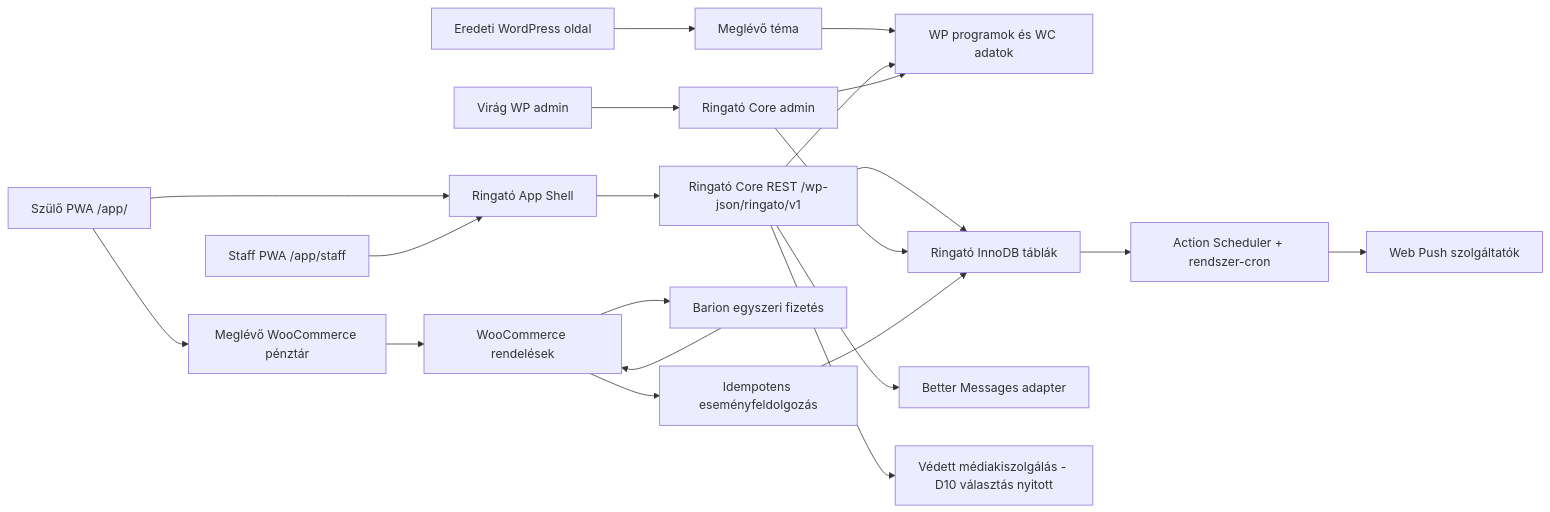
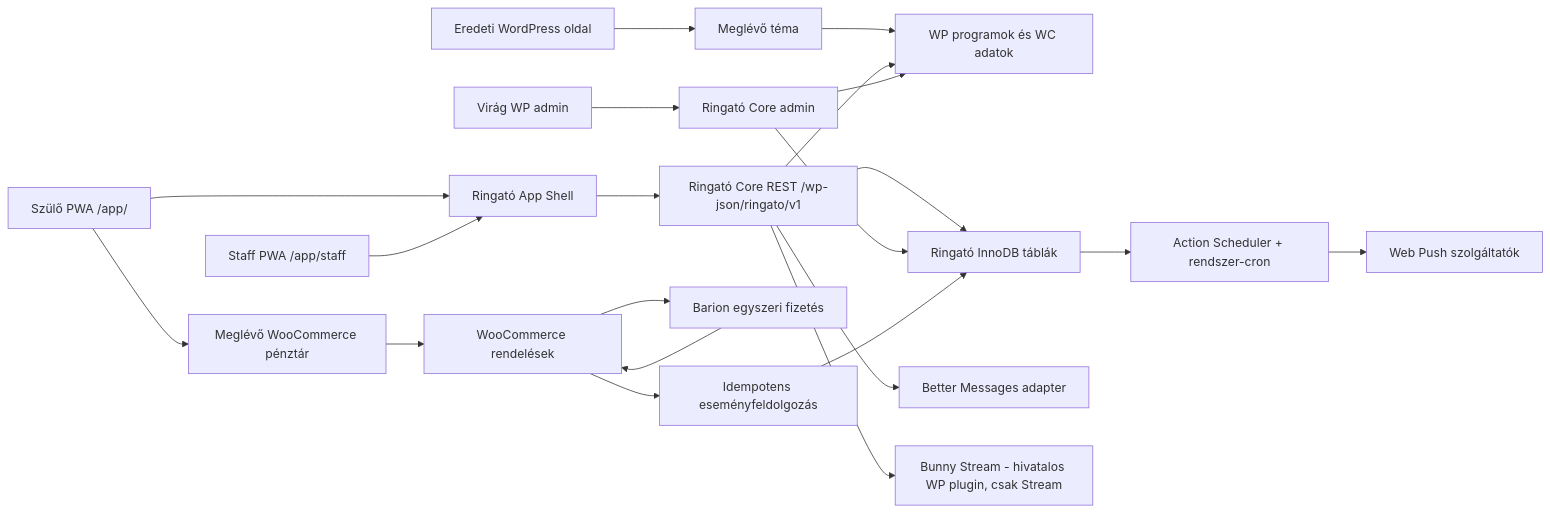
One commit to realabu/ringato-pwa-demo changed the first of 2 diagrams in docs/implementation-plan/02-architektura.md. Above: the diagram before and after it, drawn with Mermaid. The commit also changed other lines of this file and 9 other files, not shown here.

````diff
--- a/docs/implementation-plan/02-architektura.md
+++ b/docs/implementation-plan/02-architektura.md
@@ -9,23 +9,23 @@
 ```mermaid
 flowchart LR
   Parent[Szülő PWA /app/] --> Shell[Ringató App Shell]
   Staff[Staff PWA /app/staff] --> Shell
   Shell --> API[Ringató Core REST /wp-json/ringato/v1]
   Parent --> Checkout[Meglévő WooCommerce pénztár]
   Web[Eredeti WordPress oldal] --> Theme[Meglévő téma]
   Theme --> Legacy[WP programok és WC adatok]
   API --> Legacy
   API --> Tables[Ringató InnoDB táblák]
   API --> Chat[Better Messages adapter]
-  API --> Media[Védett médiakiszolgálás - D10 választás nyitott]
+  API --> Media[Bunny Stream - hivatalos WP plugin, csak Stream]
   Admin[Virág WP admin] --> CoreAdmin[Ringató Core admin]
   CoreAdmin --> Tables
   CoreAdmin --> Legacy
   Checkout --> WC[WooCommerce rendelések]
   WC --> Pay[Barion egyszeri fizetés]
   Pay --> WC
   WC --> Outbox[Idempotens eseményfeldolgozás]
   Outbox --> Tables
   Tables --> Jobs[Action Scheduler + rendszer-cron]
   Jobs --> Push[Web Push szolgáltatók]
 ```
````
